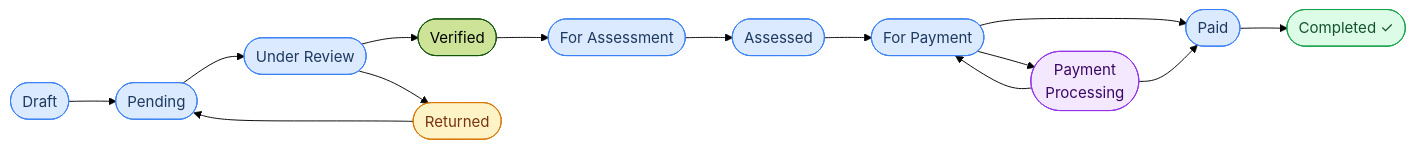
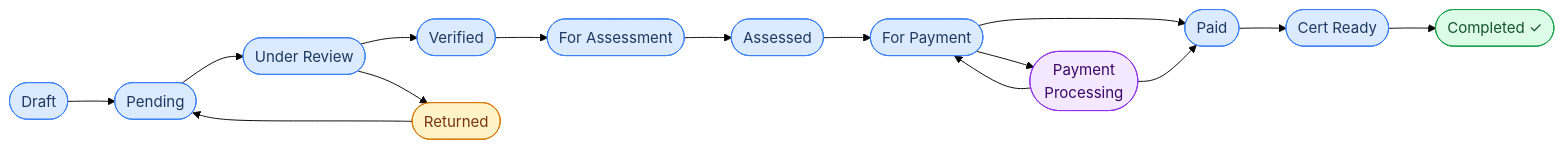
One commit to albuerocedrick/ebpls changed the eighth of 8 diagrams in system-planning/eBPLS_Application_Flows.md. Above: the diagram before and after it, drawn with Mermaid (forest theme). The commit also changed other lines of this file and 9 other files, not shown here.

````diff
--- a/system-planning/eBPLS_Application_Flows.md
+++ b/system-planning/eBPLS_Application_Flows.md
@@ -413,26 +424,27 @@
 ```mermaid
 flowchart LR
     D([Draft]) --> P([Pending])
     P --> UR([Under Review])
     UR --> V([Verified])
     UR --> R([Returned])
     R --> P
     V --> FA([For Assessment])
     FA --> AS([Assessed])
     AS --> FP([For Payment])
     FP --> PD([Paid])
     FP --> PP([Payment\nProcessing])
     PP --> PD
     PP --> FP
-    PD --> C([Completed ✓])
+    PD --> CR([Cert Ready])
+    CR --> C([Completed ✓])
 
     classDef done fill:#dcfce7,stroke:#16a34a,color:#14532d
     classDef active fill:#dbeafe,stroke:#3b82f6,color:#1e3a5f
     classDef warn fill:#fef3c7,stroke:#d97706,color:#78350f
     classDef online fill:#f3e8ff,stroke:#9333ea,color:#3b0764
 
     class C done
-    class D,P,UR,FA,AS,FP,PD active
+    class D,P,UR,V,FA,AS,FP,PD,CR active
     class R warn
     class PP online
 ```
````
